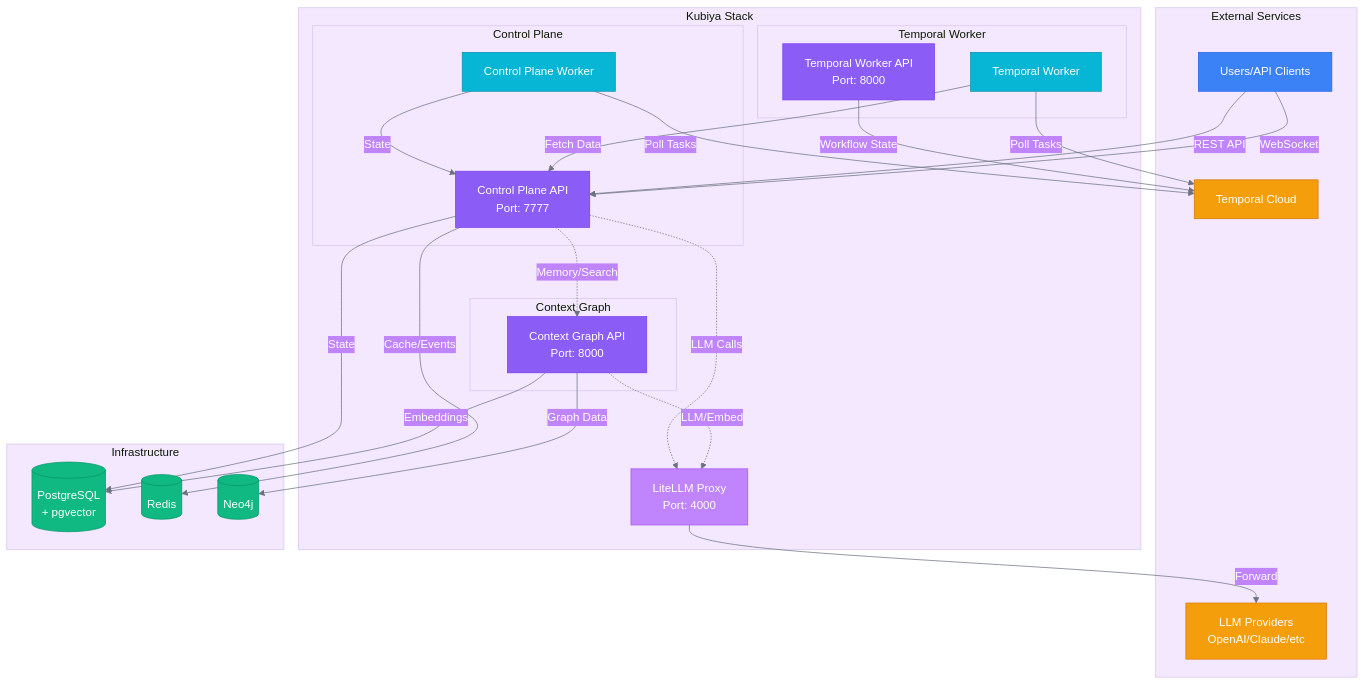
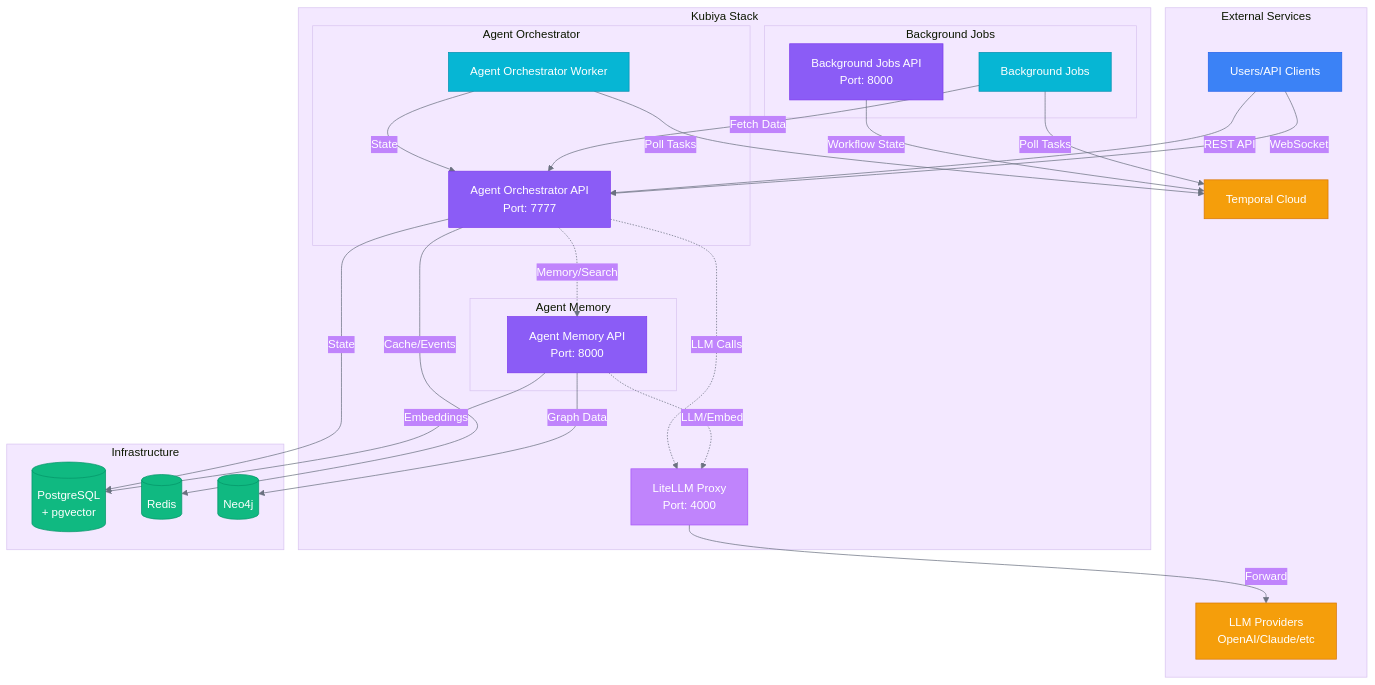
The first of 2 diagrams in charts/kubiya-stack/README.md (kubiyabot/helm-charts), drawn with Mermaid before and after one commit. The commit also changed other lines of this file and 18 other files, not shown here.

````diff
--- a/charts/kubiya-stack/README.md
+++ b/charts/kubiya-stack/README.md
@@ -76,66 +76,66 @@
 ```mermaid
 %%{init: {'theme': 'base', 'themeVariables': { 'primaryColor': '#8b5cf6', 'primaryTextColor': '#fff', 'primaryBorderColor': '#7c3aed', 'lineColor': '#6b7280', 'secondaryColor': '#c084fc', 'tertiaryColor': '#f3e8ff'}}}%%
 graph TB
     subgraph External["External Services"]
         USER[Users/API Clients]
         TC[Temporal Cloud]
         LLM_EXT[LLM Providers<br/>OpenAI/Claude/etc]
     end
 
     subgraph Stack["Kubiya Stack"]
-        subgraph ControlPlane["Control Plane"]
-            CP_API[Control Plane API<br/>Port: 7777]
-            CP_WORKER[Control Plane Worker]
+        subgraph ControlPlane["Agent Orchestrator"]
+            CP_API[Agent Orchestrator API<br/>Port: 7777]
+            CP_WORKER[Agent Orchestrator Worker]
         end
 
-        subgraph TemporalWorker["Temporal Worker"]
-            TW_API[Temporal Worker API<br/>Port: 8000]
-            TW_WORKER[Temporal Worker]
+        subgraph TemporalWorker["Background Jobs"]
+            TW_API[Background Jobs API<br/>Port: 8000]
+            TW_WORKER[Background Jobs]
         end
 
-        subgraph ContextGraph["Context Graph"]
-            CG_API[Context Graph API<br/>Port: 8000]
+        subgraph ContextGraph["Agent Memory"]
+            CG_API[Agent Memory API<br/>Port: 8000]
         end
 
         LITELLM[LiteLLM Proxy<br/>Port: 4000]
     end
 
     subgraph Infra["Infrastructure"]
         PG[(PostgreSQL<br/>+ pgvector)]
         REDIS[(Redis)]
         NEO4J[(Neo4j)]
     end
 
     USER -->|REST API| CP_API
     USER -->|WebSocket| CP_API
 
     CP_API -->|State| PG
     CP_API -->|Cache/Events| REDIS
     CP_API -.->|Memory/Search| CG_API
     CP_API -.->|LLM Calls| LITELLM
     CP_WORKER -->|Poll Tasks| TC
     CP_WORKER -->|State| CP_API
 
     TW_API -->|Workflow State| TC
     TW_WORKER -->|Poll Tasks| TC
     TW_WORKER -->|Fetch Data| CP_API
 
     CG_API -->|Graph Data| NEO4J
     CG_API -->|Embeddings| PG
     CG_API -.->|LLM/Embed| LITELLM
 
     LITELLM -->|Forward| LLM_EXT
 
     style USER fill:#3b82f6,stroke:#2563eb,color:#fff
     style TC fill:#f59e0b,stroke:#d97706,color:#fff
     style LLM_EXT fill:#f59e0b,stroke:#d97706,color:#fff
     style CP_API fill:#8b5cf6,stroke:#7c3aed,color:#fff
     style CP_WORKER fill:#06b6d4,stroke:#0891b2,color:#fff
     style TW_API fill:#8b5cf6,stroke:#7c3aed,color:#fff
     style TW_WORKER fill:#06b6d4,stroke:#0891b2,color:#fff
     style CG_API fill:#8b5cf6,stroke:#7c3aed,color:#fff
     style LITELLM fill:#c084fc,stroke:#a855f7,color:#fff
     style PG fill:#10b981,stroke:#059669,color:#fff
     style REDIS fill:#10b981,stroke:#059669,color:#fff
     style NEO4J fill:#10b981,stroke:#059669,color:#fff
 ```
````
